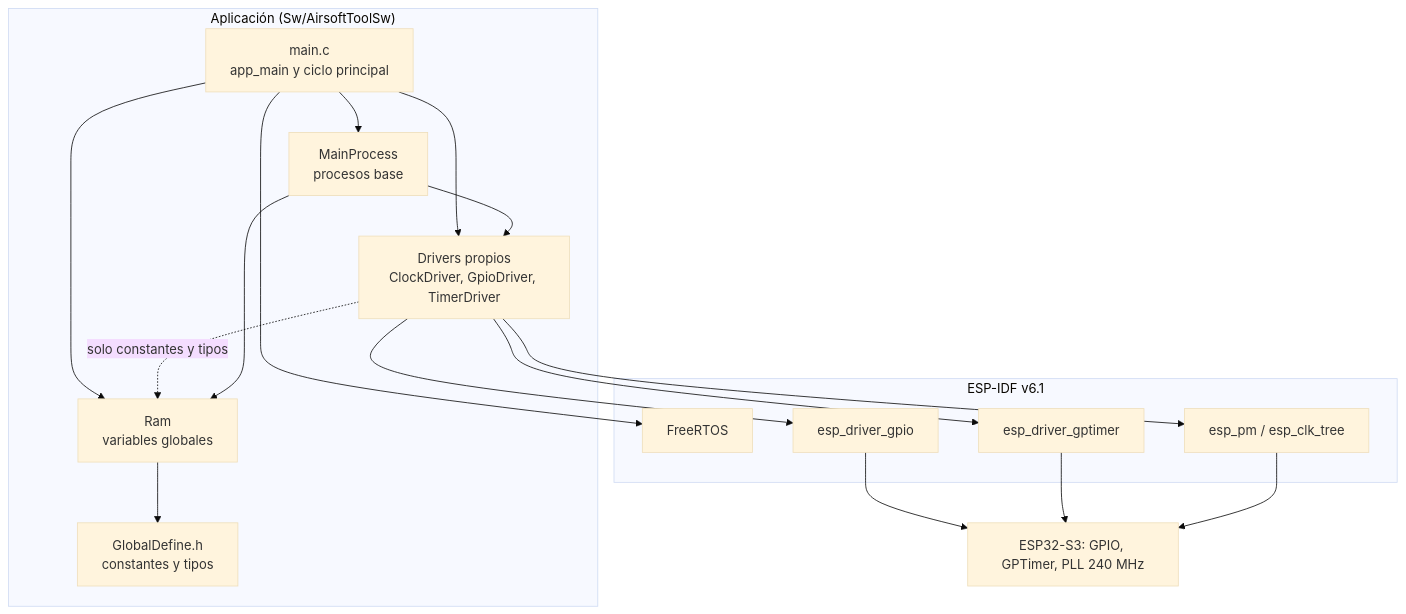
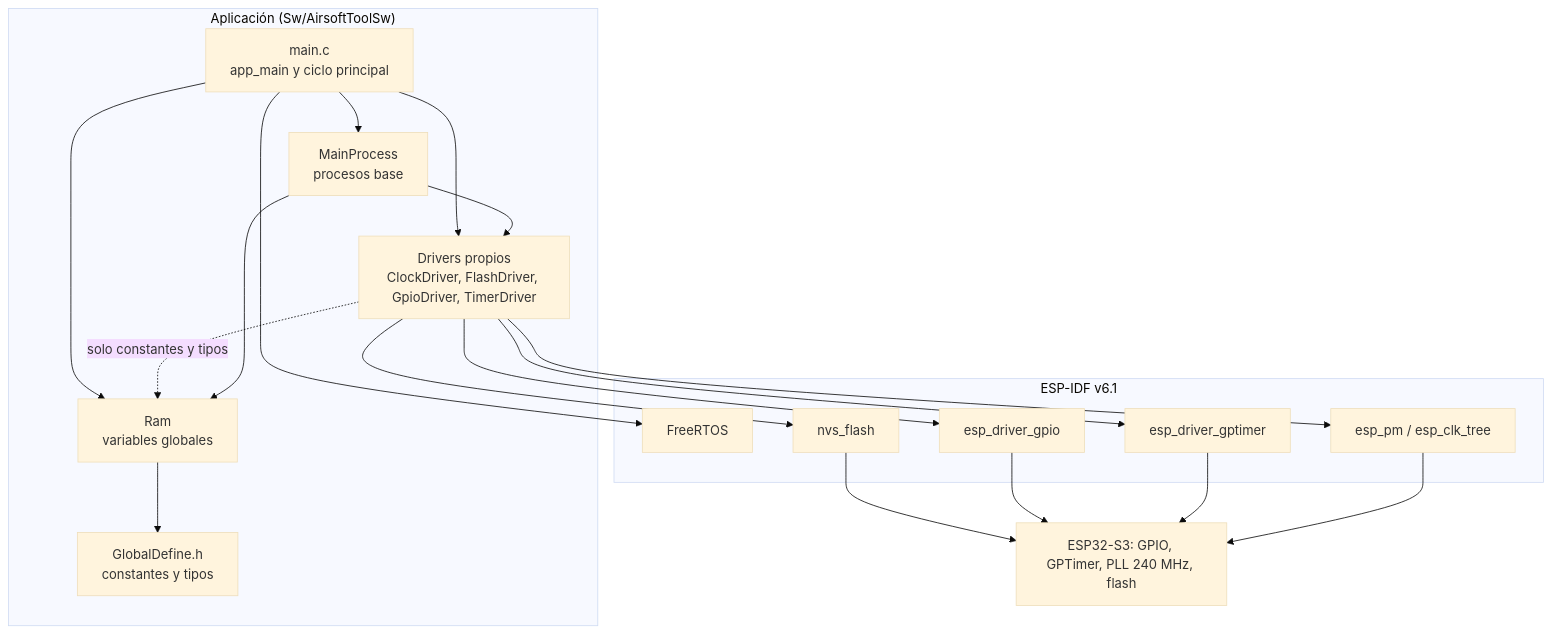
One commit to rodgutzal/Airsoft-MultipurposeGameModeTool changed the first of 6 diagrams in Sw/README.md. Above: the diagram before and after it, drawn with Mermaid (base theme). The commit also changed other lines of this file and 9 other files, not shown here.

Commit message:
Agregar FlashDriver (NVS), tabla de particiones propia y ISR del timer segura en IRAM

````diff
--- a/Sw/README.md
+++ b/Sw/README.md
@@ -11,31 +11,34 @@
 ```mermaid
 flowchart TB
   subgraph APP["Aplicación (Sw/AirsoftToolSw)"]
     MAIN["main.c<br/>app_main y ciclo principal"]
     MP["MainProcess<br/>procesos base"]
     RAM["Ram<br/>variables globales"]
-    DRV["Drivers propios<br/>ClockDriver, GpioDriver, TimerDriver"]
+    DRV["Drivers propios<br/>ClockDriver, FlashDriver, GpioDriver, TimerDriver"]
     GD["GlobalDefine.h<br/>constantes y tipos"]
   end
   subgraph IDF["ESP-IDF v6.1"]
     FR["FreeRTOS"]
     GPIO["esp_driver_gpio"]
     GPT["esp_driver_gptimer"]
     PM["esp_pm / esp_clk_tree"]
+    NVS["nvs_flash"]
   end
-  HW["ESP32-S3: GPIO, GPTimer, PLL 240 MHz"]
+  HW["ESP32-S3: GPIO, GPTimer, PLL 240 MHz, flash"]
   MAIN --> MP
   MAIN --> RAM
   MAIN --> DRV
   MP --> DRV
   DRV -. "solo constantes y tipos" .-> RAM
   MP --> RAM
   RAM --> GD
   DRV --> PM
   DRV --> GPIO
   DRV --> GPT
+  DRV --> NVS
+  NVS --> HW
   MAIN --> FR
   GPIO --> HW
   GPT --> HW
   PM --> HW
 ```
````
